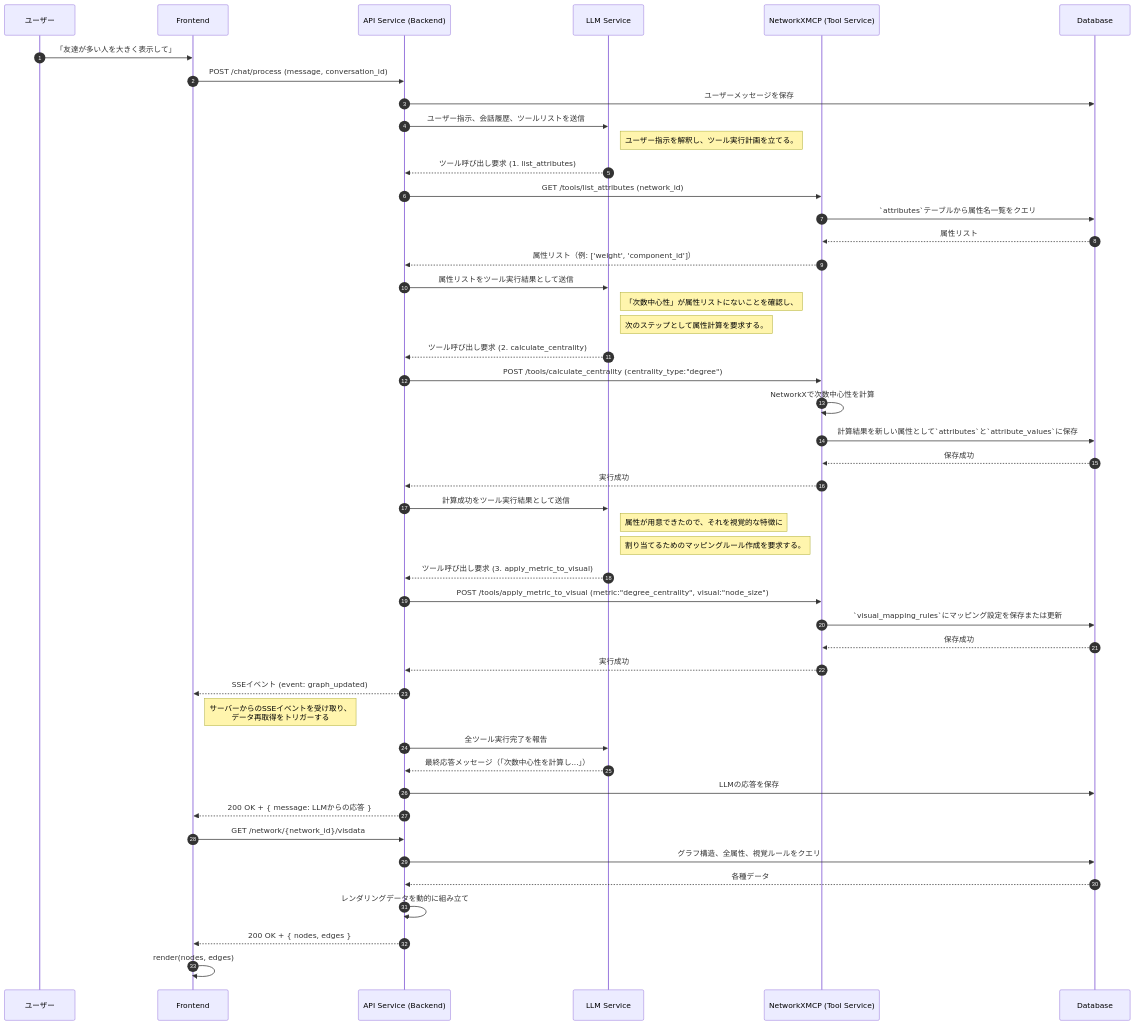
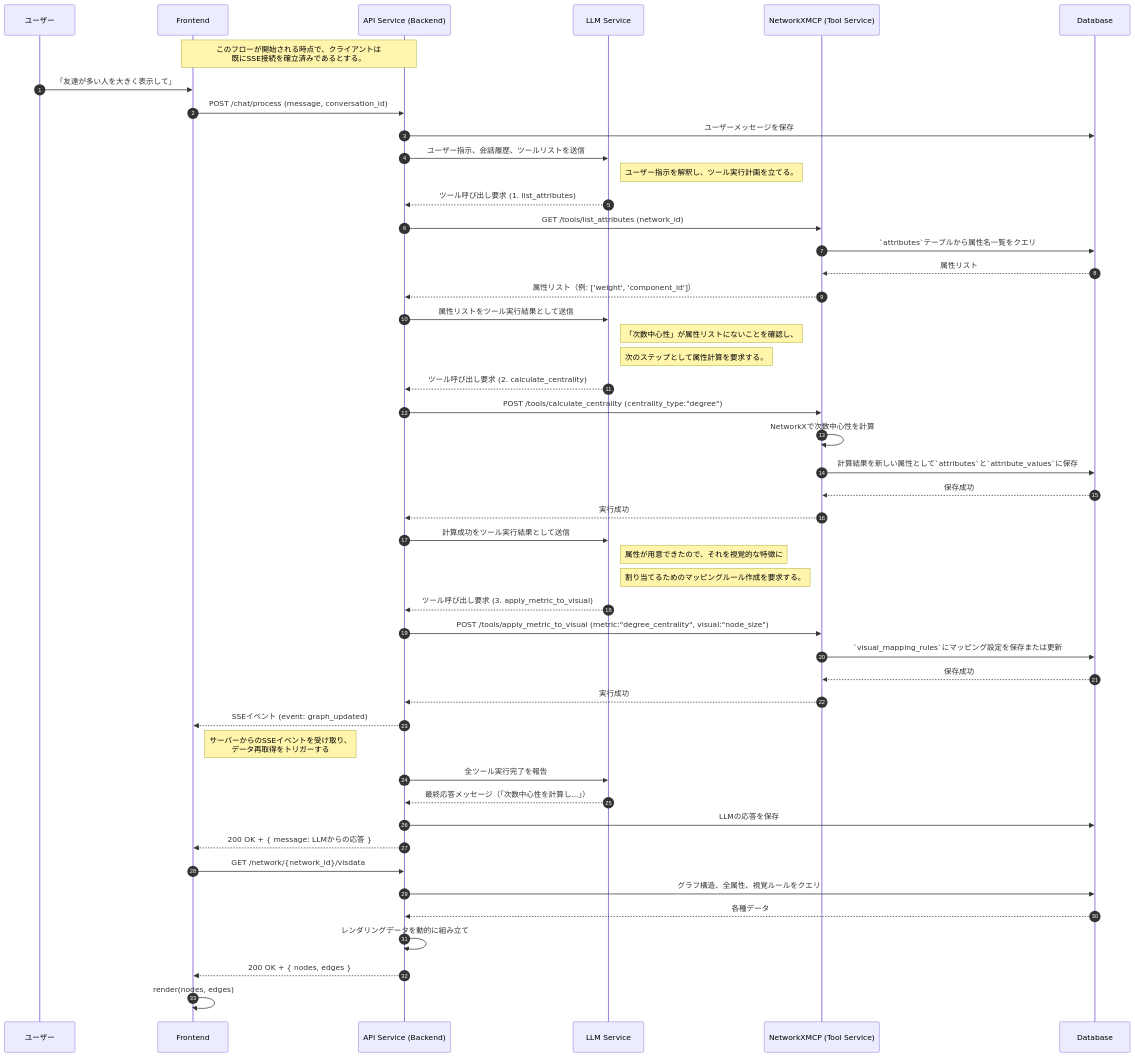
One commit to vdslab/LLMGraphvis changed the second of 3 diagrams in specification/Interactions.md. Above: the diagram before and after it, drawn with Mermaid. The commit also changed other lines of this file and 3 other files, not shown here.

````diff
--- a/specification/Interactions.md
+++ b/specification/Interactions.md
@@ -58,67 +60,69 @@
 ```mermaid
 sequenceDiagram
     autonumber
     %% Participants
     participant U as ユーザー
     participant F as Frontend
     participant B as API Service (Backend)
     participant LLM as LLM Service
     participant N as NetworkXMCP (Tool Service)
     participant DB as Database
+
+    note over F, B: このフローが開始される時点で、クライアントは<br/>既にSSE接続を確立済みであるとする。
 
     U->>F: 「友達が多い人を大きく表示して」
     F->>B: POST /chat/process (message, conversation_id)
     B->>DB: ユーザーメッセージを保存
 
     %% Step 1: Backend asks LLM for a plan
     B->>LLM: ユーザー指示、会話履歴、ツールリストを送信
     note right of LLM: ユーザー指示を解釈し、ツール実行計画を立てる。
     LLM-->>B: ツール呼び出し要求 (1. list_attributes)
 
     %% Step 2: Backend executes list_attributes
     B->>N: GET /tools/list_attributes (network_id)
     N->>DB: `attributes`テーブルから属性名一覧をクエリ
     DB-->>N: 属性リスト
     N-->>B: 属性リスト（例: ['weight', 'component_id']）
 
     %% Step 3: Backend asks LLM for the next step
     B->>LLM: 属性リストをツール実行結果として送信
     note right of LLM: 「次数中心性」が属性リストにないことを確認し、
     note right of LLM: 次のステップとして属性計算を要求する。
     LLM-->>B: ツール呼び出し要求 (2. calculate_centrality)
 
     %% Step 4: Backend executes calculate_centrality
     B->>N: POST /tools/calculate_centrality (centrality_type:"degree")
     N->>N: NetworkXで次数中心性を計算
     N->>DB: 計算結果を新しい属性として`attributes`と`attribute_values`に保存
     DB-->>N: 保存成功
     N-->>B: 実行成功
 
     %% Step 5: Backend asks LLM for the final step
     B->>LLM: 計算成功をツール実行結果として送信
     note right of LLM: 属性が用意できたので、それを視覚的な特徴に
     note right of LLM: 割り当てるためのマッピングルール作成を要求する。
     LLM-->>B: ツール呼び出し要求 (3. apply_metric_to_visual)
 
     %% Step 6: Backend executes apply_metric_to_visual
     B->>N: POST /tools/apply_metric_to_visual (metric:"degree_centrality", visual:"node_size")
     N->>DB: `visual_mapping_rules`にマッピング設定を保存または更新
     DB-->>N: 保存成功
     N-->>B: 実行成功
 
     %% Step 7: Backend sends notification and final response to Frontend
     B-->>F: SSEイベント (event: graph_updated)
     note right of F: サーバーからのSSEイベントを受け取り、<br/>データ再取得をトリガーする
     B->>LLM: 全ツール実行完了を報告
     LLM-->>B: 最終応答メッセージ（「次数中心性を計算し...」）
     B->>DB: LLMの応答を保存
     B-->>F: 200 OK + { message: LLMからの応答 }
 
     %% Step 8: Frontend fetches updated data
     F->>B: GET /network/{network_id}/visdata
     B->>DB: グラフ構造、全属性、視覚ルールをクエリ
     DB-->>B: 各種データ
     B->>B: レンダリングデータを動的に組み立て
     B-->>F: 200 OK + { nodes, edges }
     F->>F: render(nodes, edges)
 ```
````
